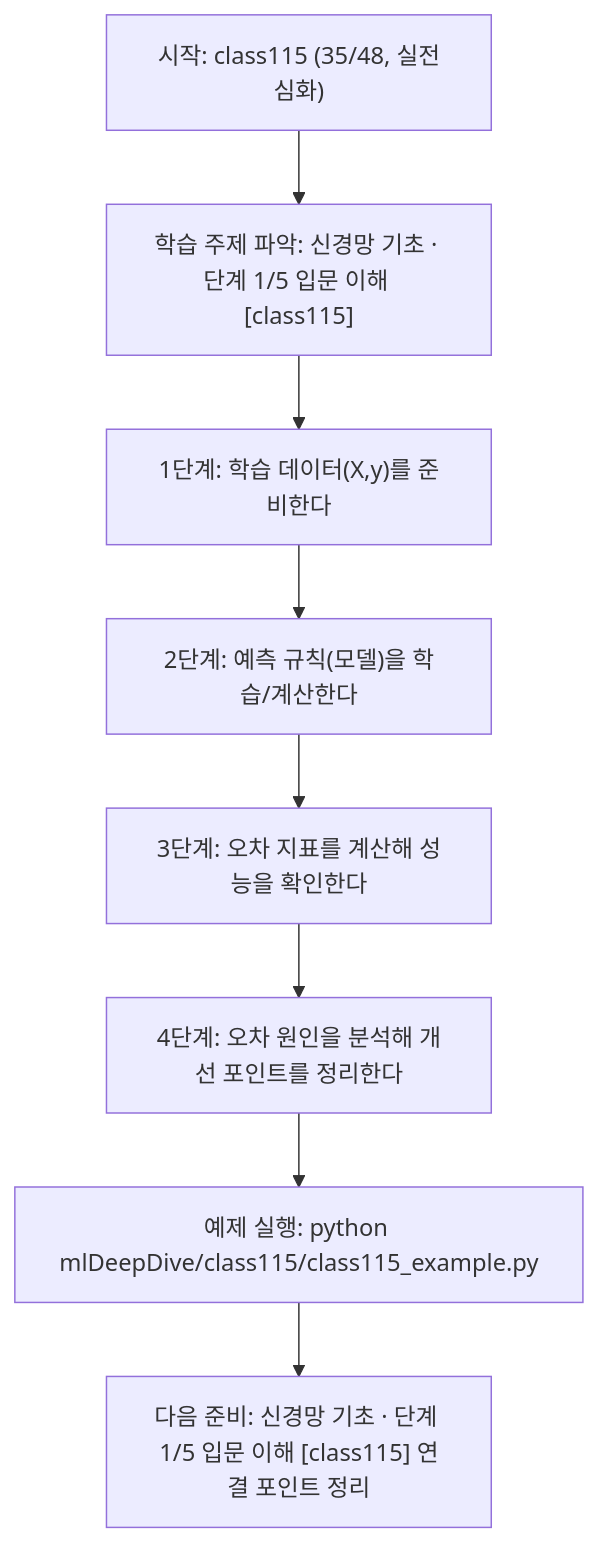
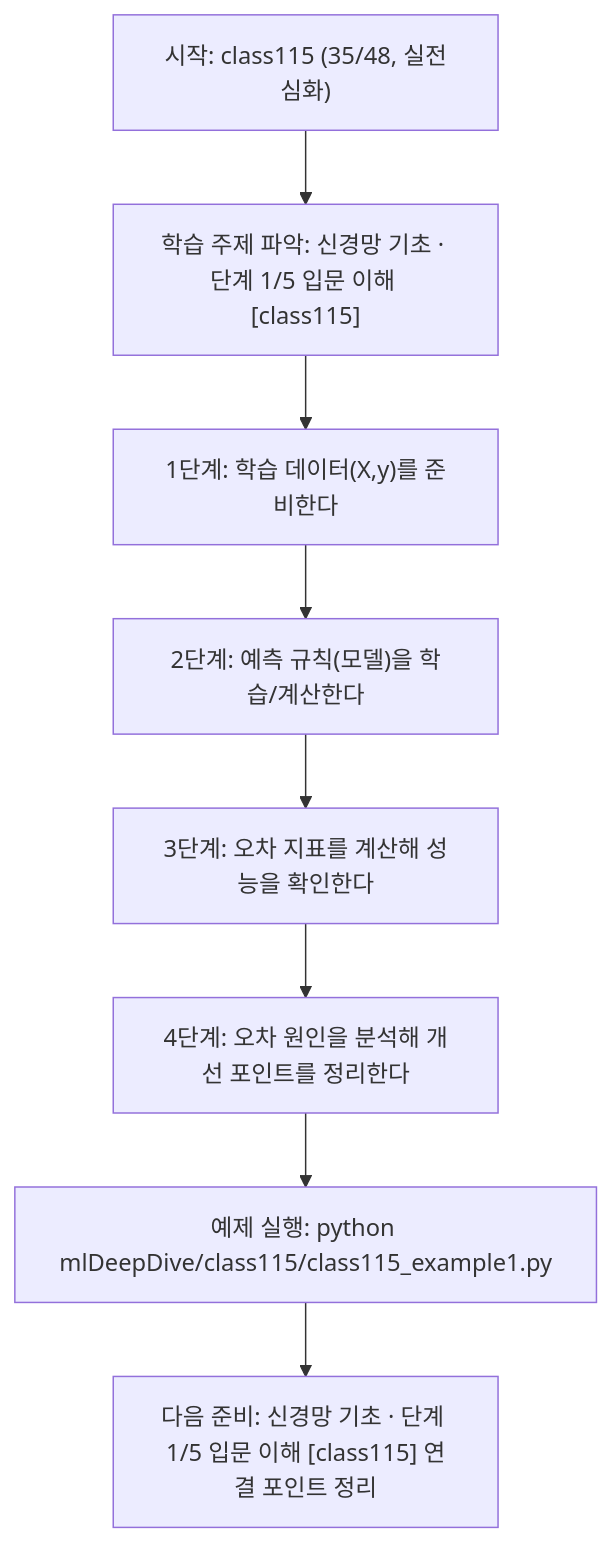
One commit to edumgt/Python-AI_Agent-Class changed the diagram in mlDeepDive/class115/class115.md. Above: the diagram before and after it, drawn with Mermaid. The commit also changed other lines of this file and 2959 other files, not shown here.

````diff
--- a/mlDeepDive/class115/class115.md
+++ b/mlDeepDive/class115/class115.md
@@ -109,18 +109,18 @@
 ```mermaid
 flowchart TD
 N1["시작: class115 (35/48, 실전심화)"]
 N2["학습 주제 파악: 신경망 기초 · 단계 1/5 입문 이해 [class115]"]
 N3["1단계: 학습 데이터(X,y)를 준비한다"]
 N4["2단계: 예측 규칙(모델)을 학습/계산한다"]
 N5["3단계: 오차 지표를 계산해 성능을 확인한다"]
 N6["4단계: 오차 원인을 분석해 개선 포인트를 정리한다"]
-N7["예제 실행: python mlDeepDive/class115/class115_example.py"]
+N7["예제 실행: python mlDeepDive/class115/class115_example1.py"]
 N8["다음 준비: 신경망 기초 · 단계 1/5 입문 이해 [class115] 연결 포인트 정리"]
 N1 --> N2
 N2 --> N3
 N3 --> N4
 N4 --> N5
 N5 --> N6
 N6 --> N7
 N7 --> N8
 ```
````
